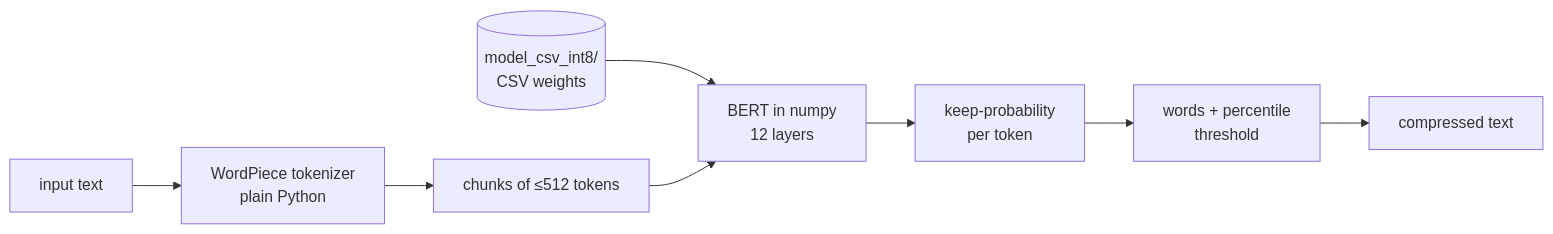
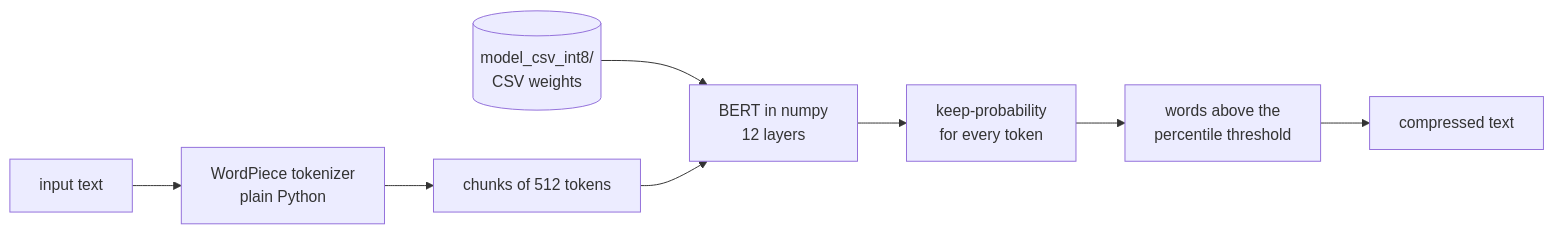
One commit to waffle-chen/csv-lingua changed the diagram in README.md. Above: the diagram before and after it, drawn with Mermaid. The commit also changed other lines of this file and 10 other files, not shown here.

````diff
--- a/README.md
+++ b/README.md
@@ -7,10 +17,10 @@
 ```mermaid
 flowchart LR
     A[input text] --> B[WordPiece tokenizer<br/>plain Python]
-    B --> C[chunks of ≤512 tokens]
+    B --> C[chunks of 512 tokens]
     D[(model_csv_int8/<br/>CSV weights)] --> E
     C --> E[BERT in numpy<br/>12 layers]
-    E --> F[keep-probability<br/>per token]
-    F --> G[words + percentile<br/>threshold]
+    E --> F[keep-probability<br/>for every token]
+    F --> G[words above the<br/>percentile threshold]
     G --> H[compressed text]
 ```
````
